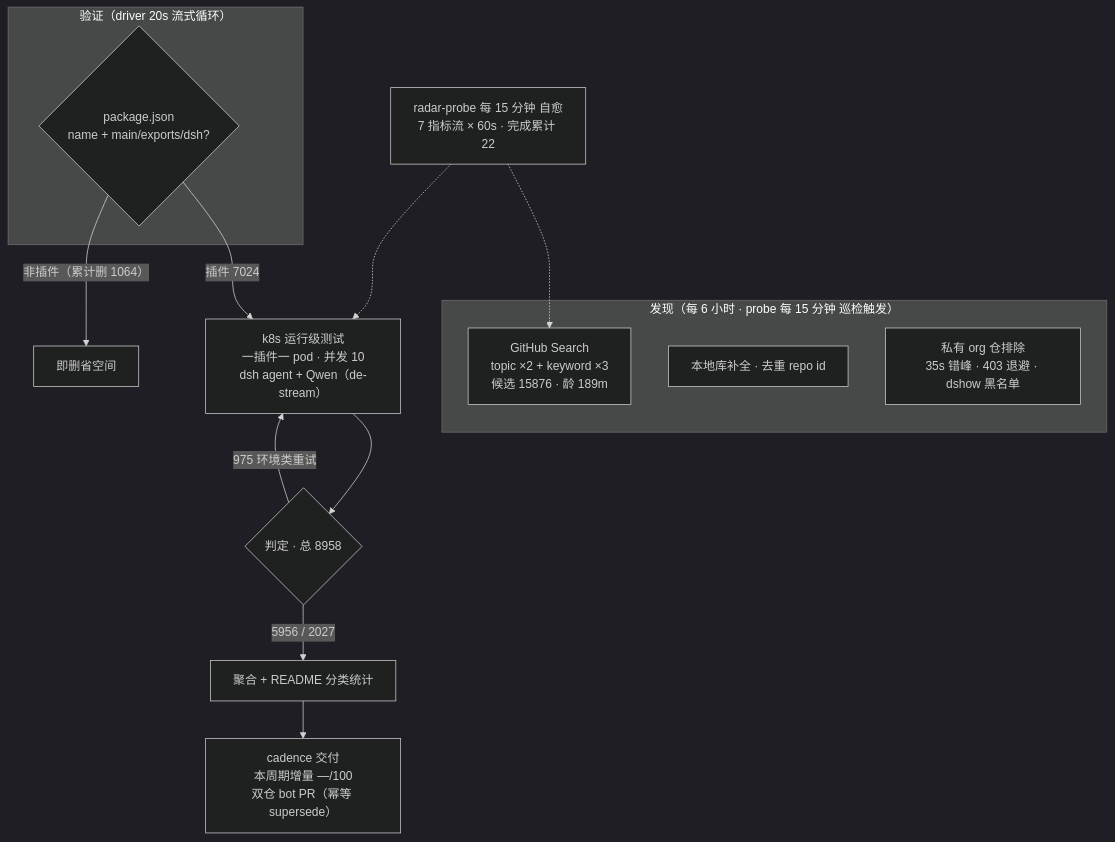
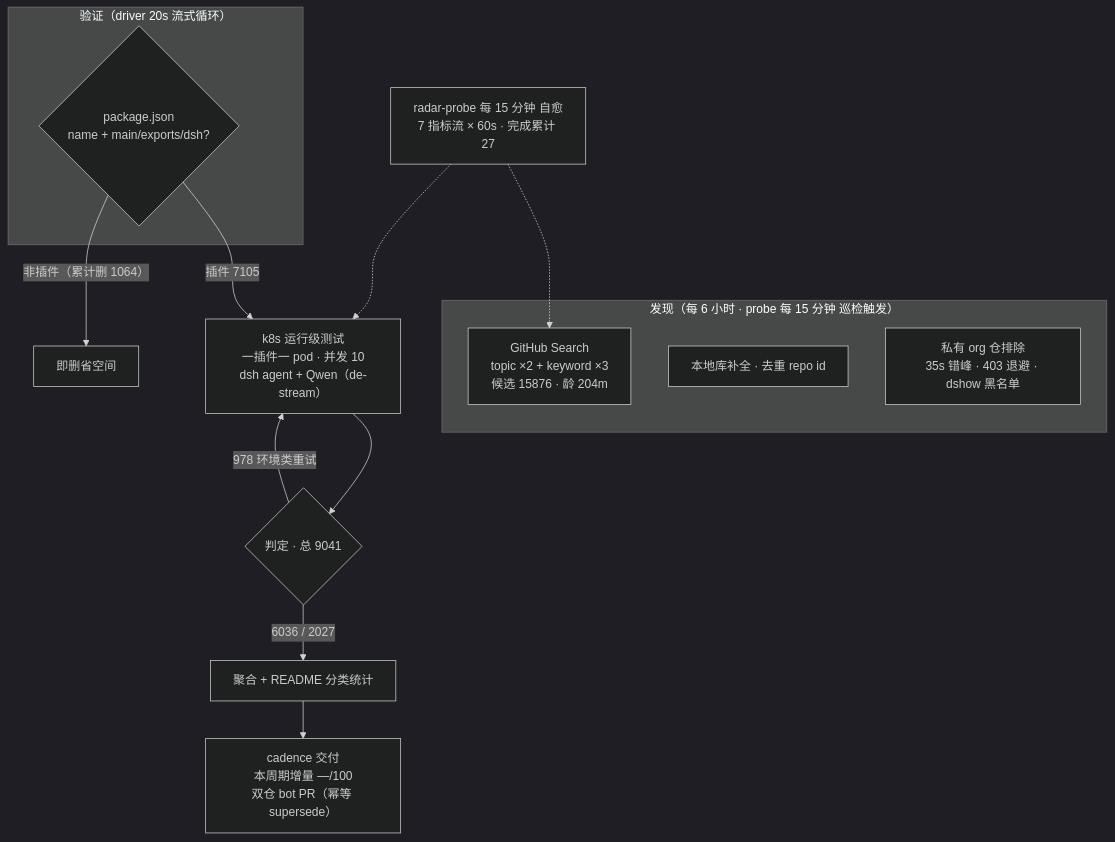
The diagram in README.md (Zhidao-Lab-OSS/awesome-dsh-plugins), drawn with Mermaid (dark theme) before and after one commit. The commit also changed other lines of this file and 1 other file, not shown here.

````diff
--- a/README.md
+++ b/README.md
@@ -37,20 +37,20 @@
 ```mermaid
 flowchart TB
     subgraph Discovery["发现（每 6 小时 · probe 每 15 分钟 巡检触发）"]
-        A1["GitHub Search<br/>topic ×2 + keyword ×3<br/>候选 15876 · 龄 189m"]
+        A1["GitHub Search<br/>topic ×2 + keyword ×3<br/>候选 15876 · 龄 204m"]
         A2["本地库补全 · 去重 repo id"]
         A3["私有 org 仓排除<br/>35s 错峰 · 403 退避 · dshow 黑名单"]
     end
     subgraph Validation["验证（driver 20s 流式循环）"]
         B1{"package.json<br/>name + main/exports/dsh?"}
     end
-    B1 -->|"插件 7024"| C1["k8s 运行级测试<br/>一插件一 pod · 并发 10<br/>dsh agent + Qwen（de-stream）"]
+    B1 -->|"插件 7105"| C1["k8s 运行级测试<br/>一插件一 pod · 并发 10<br/>dsh agent + Qwen（de-stream）"]
     B1 -->|"非插件（累计删 1064）"| B3["即删省空间"]
-    C1 --> D1{"判定 · 总 8958"}
-    D1 -->|"5956 / 2027"| E1["聚合 + README 分类统计"]
-    D1 -->|"975 环境类重试"| C1
+    C1 --> D1{"判定 · 总 9041"}
+    D1 -->|"6036 / 2027"| E1["聚合 + README 分类统计"]
+    D1 -->|"978 环境类重试"| C1
     E1 --> E2["cadence 交付<br/>本周期增量 —/100<br/>双仓 bot PR（幂等 supersede）"]
-    M["radar-probe 每 15 分钟 自愈<br/>7 指标流 × 60s · 完成累计 22"]
+    M["radar-probe 每 15 分钟 自愈<br/>7 指标流 × 60s · 完成累计 27"]
     M -.-> A1
     M -.-> C1
 ```
````
